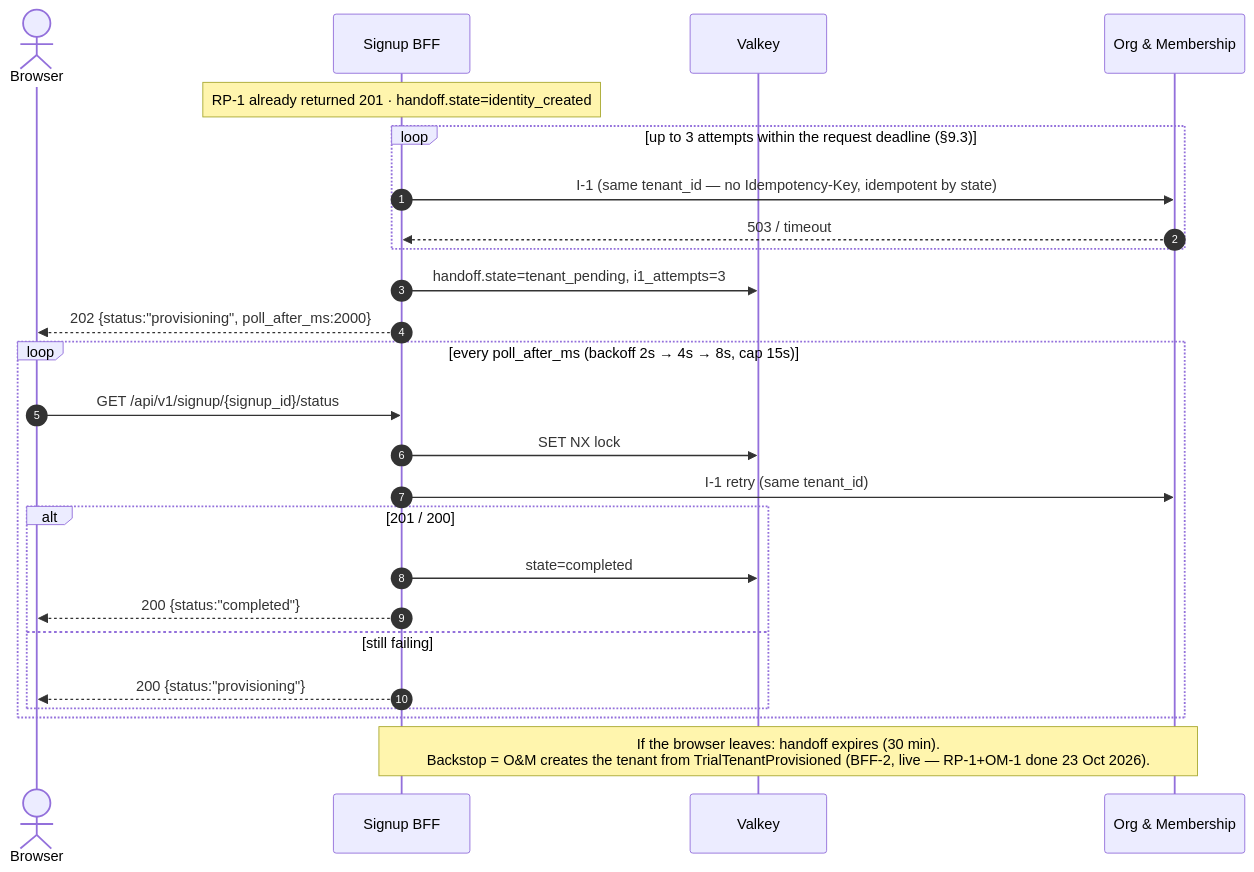
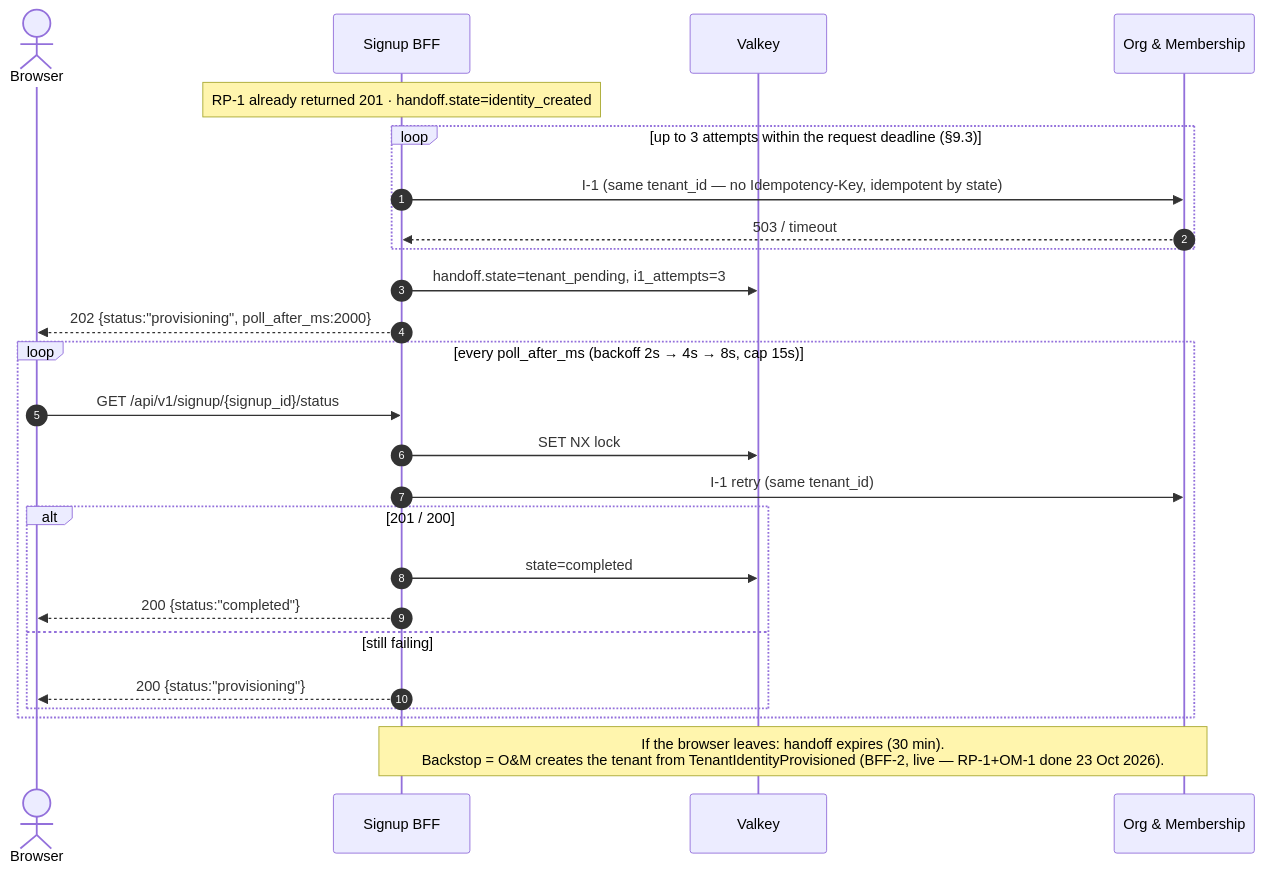
Before and after one commit to BCBP-SOLUTIONS-FZC-LLC/bff-signup: the third of 5 diagrams in docs/lld/signup-bff-lld.md, drawn with Mermaid. The commit also changed other lines of this file and 58 other files, not shown here.

````diff
--- a/docs/lld/signup-bff-lld.md
+++ b/docs/lld/signup-bff-lld.md
@@ -557,28 +558,28 @@
 ```mermaid
 sequenceDiagram
     autonumber
     actor B as Browser
     participant S as Signup BFF
     participant V as Valkey
     participant OM as Org & Membership
 
     Note over S: RP-1 already returned 201 · handoff.state=identity_created
     loop up to 3 attempts within the request deadline (§9.3)
         S->>OM: I-1 (same tenant_id — no Idempotency-Key, idempotent by state)
         OM-->>S: 503 / timeout
     end
     S->>V: handoff.state=tenant_pending, i1_attempts=3
     S-->>B: 202 {status:"provisioning", poll_after_ms:2000}
     loop every poll_after_ms (backoff 2s → 4s → 8s, cap 15s)
         B->>S: GET /api/v1/signup/{signup_id}/status
         S->>V: SET NX lock
         S->>OM: I-1 retry (same tenant_id)
         alt 201 / 200
             S->>V: state=completed
             S-->>B: 200 {status:"completed"}
         else still failing
             S-->>B: 200 {status:"provisioning"}
         end
     end
-    Note over S,OM: If the browser leaves: handoff expires (30 min).<br/>Backstop = O&M creates the tenant from TrialTenantProvisioned (BFF-2, live — RP-1+OM-1 done 23 Oct 2026).
+    Note over S,OM: If the browser leaves: handoff expires (30 min).<br/>Backstop = O&M creates the tenant from TenantIdentityProvisioned (BFF-2, live — RP-1+OM-1 done 23 Oct 2026).
 ```
````
